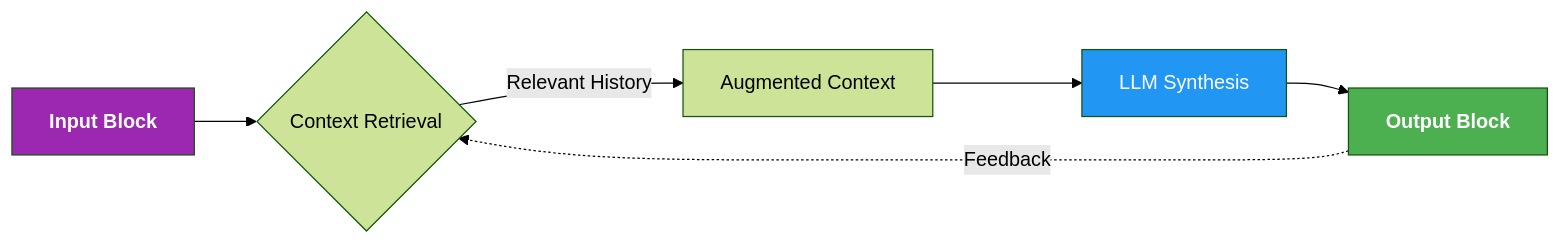
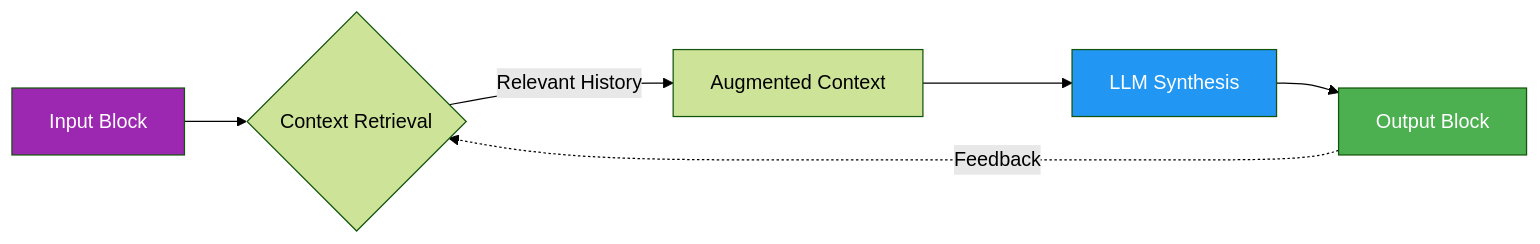
Before and after one commit to EddCBen/cascade-context-protocol: the fourth of 5 diagrams in README.md, drawn with Mermaid (forest theme). The commit also changed other lines of this file, not shown here.

````diff
--- a/README.md
+++ b/README.md
@@ -104,13 +105,13 @@
 ```mermaid
 flowchart LR
-    Input[<b>Input Block</b>] --> Retrieve{Context Retrieval}
-    Retrieve -->|Relevant History| Context[Augmented Context]
-    Context --> LLM[LLM Synthesis]
-    LLM --> Output[<b>Output Block</b>]
-    
+    Input["Input Block"] --> Retrieve{"Context Retrieval"}
+    Retrieve -->|Relevant History| Context["Augmented Context"]
+    Context --> LLM["LLM Synthesis"]
+    LLM --> Output["Output Block"]
+  
     Output -.->|Feedback| Retrieve
-    
+  
     style Input fill:#9c27b0,color:white
     style Output fill:#4caf50,color:white
     style LLM fill:#2196f3,color:white
 ```
````
